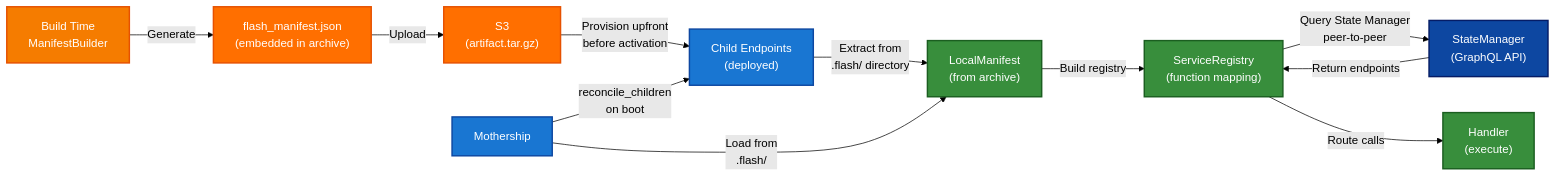
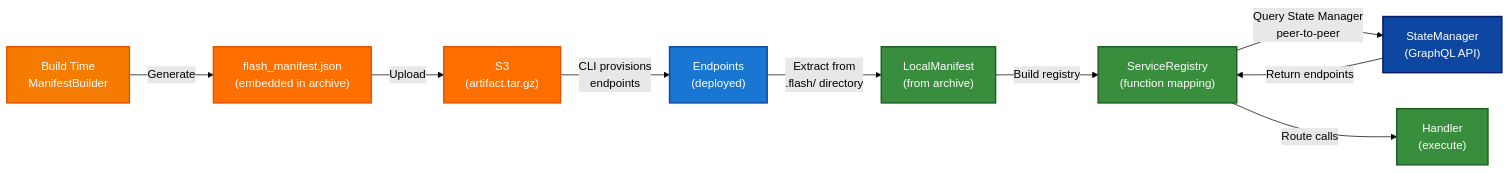
The seventh of 8 diagrams in docs/Flash_Deploy_Guide.md (runpod/flash), drawn with Mermaid (forest theme) before and after one commit. The commit also changed other lines of this file and 11 other files, not shown here.

````diff
--- a/docs/Flash_Deploy_Guide.md
+++ b/docs/Flash_Deploy_Guide.md
@@ -920,23 +846,20 @@
 ```mermaid
 graph LR
     A["Build Time<br/>ManifestBuilder"] -->|Generate| B["flash_manifest.json<br/>(embedded in archive)"]
     B -->|Upload| C["S3<br/>(artifact.tar.gz)"]
-    C -->|Provision upfront<br/>before activation| D["Child Endpoints<br/>(deployed)"]
+    C -->|CLI provisions<br/>endpoints| D["Endpoints<br/>(deployed)"]
     D -->|Extract from<br/>.flash/ directory| E["LocalManifest<br/>(from archive)"]
-    Mothership -->|Load from<br/>.flash/| E
     E -->|Build registry| F["ServiceRegistry<br/>(function mapping)"]
     F -->|Query State Manager<br/>peer-to-peer| G["StateManager<br/>(GraphQL API)"]
     G -->|Return endpoints| F
     F -->|Route calls| H["Handler<br/>(execute)"]
-    Mothership -->|reconcile_children<br/>on boot| D
 
     style A fill:#f57c00,stroke:#e65100,stroke-width:2px,color:#fff
     style B fill:#ff6f00,stroke:#e65100,stroke-width:2px,color:#fff
     style C fill:#ff6f00,stroke:#e65100,stroke-width:2px,color:#fff
     style D fill:#1976d2,stroke:#0d47a1,stroke-width:2px,color:#fff
     style E fill:#388e3c,stroke:#1b5e20,stroke-width:2px,color:#fff
     style F fill:#388e3c,stroke:#1b5e20,stroke-width:2px,color:#fff
     style G fill:#0d47a1,stroke:#051c66,stroke-width:2px,color:#fff
     style H fill:#388e3c,stroke:#1b5e20,stroke-width:2px,color:#fff
-    style Mothership fill:#1976d2,stroke:#0d47a1,stroke-width:2px,color:#fff
 ```
````
